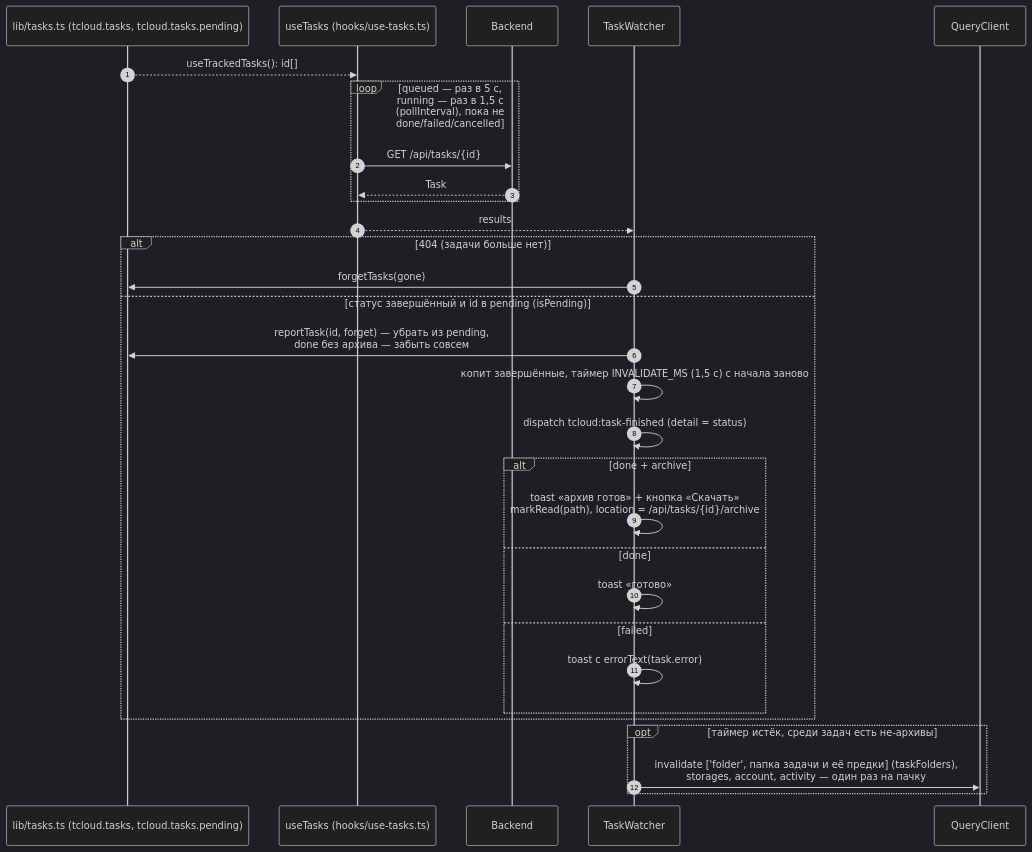
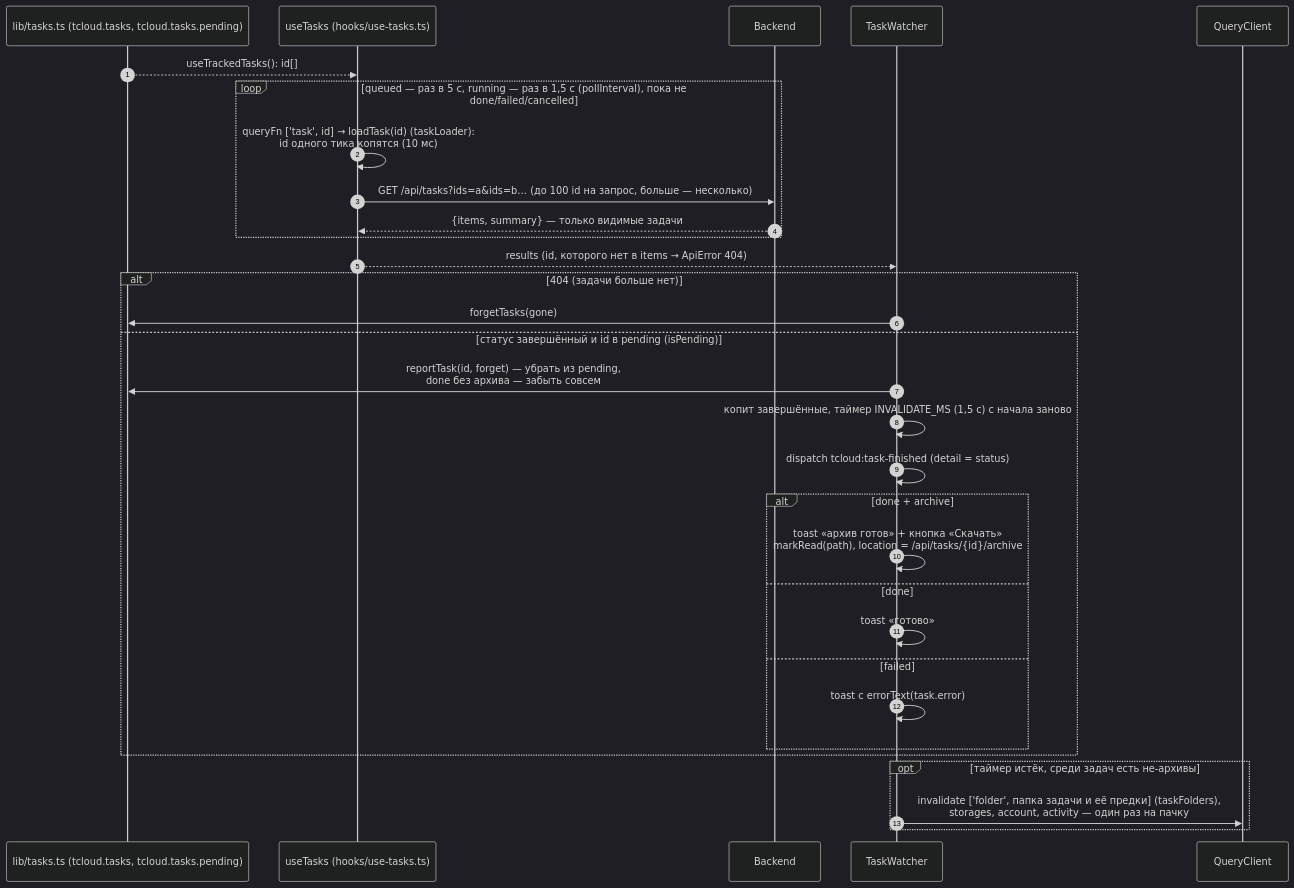
Before and after one commit to NikitkaZXC/tcloud-frontend: the third of 5 diagrams in docs/uploads-and-tasks.md, drawn with Mermaid (dark theme). The commit also changed other lines of this file and 11 other files, not shown here.

Commit message:
feat: poll tracked tasks in batches and count them with GET /api/tasks/counts

````diff
--- a/docs/uploads-and-tasks.md
+++ b/docs/uploads-and-tasks.md
@@ -77,32 +80,33 @@
 ```mermaid
 sequenceDiagram
     autonumber
     participant T as lib/tasks.ts (tcloud.tasks, tcloud.tasks.pending)
     participant Q as useTasks (hooks/use-tasks.ts)
     participant B as Backend
     participant W as TaskWatcher
     participant C as QueryClient
     T-->>Q: useTrackedTasks(): id[]
     loop queued — раз в 5 с, running — раз в 1,5 с (pollInterval), пока не done/failed/cancelled
-        Q->>B: GET /api/tasks/{id}
-        B-->>Q: Task
+        Q->>Q: queryFn ['task', id] → loadTask(id) (taskLoader):<br/>id одного тика копятся (10 мс)
+        Q->>B: GET /api/tasks?ids=a&ids=b… (до 100 id на запрос, больше — несколько)
+        B-->>Q: {items, summary} — только видимые задачи
     end
-    Q-->>W: results
+    Q-->>W: results (id, которого нет в items → ApiError 404)
     alt 404 (задачи больше нет)
         W->>T: forgetTasks(gone)
     else статус завершённый и id в pending (isPending)
         W->>T: reportTask(id, forget) — убрать из pending,<br/>done без архива — забыть совсем
         W->>W: копит завершённые, таймер INVALIDATE_MS (1,5 с) с начала заново
         W->>W: dispatch tcloud:task-finished (detail = status)
         alt done + archive
             W->>W: toast «архив готов» + кнопка «Скачать»<br/>markRead(path), location = /api/tasks/{id}/archive
         else done
             W->>W: toast «готово»
         else failed
             W->>W: toast с errorText(task.error)
         end
     end
     opt таймер истёк, среди задач есть не-архивы
         W->>C: invalidate ['folder', папка задачи и её предки] (taskFolders),<br/>storages, account, activity — один раз на пачку
     end
 ```
````
